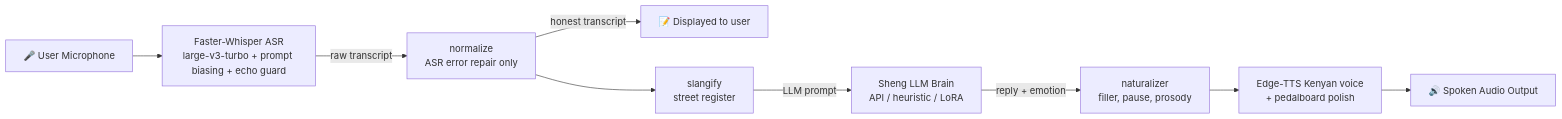
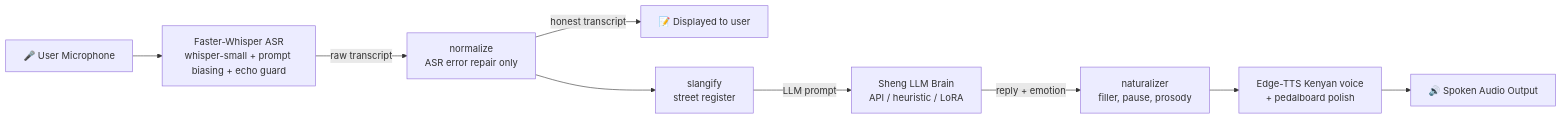
One commit to NjugunaWilfred-01/Sheng-TTS-model changed the diagram in README.md. Above: the diagram before and after it, drawn with Mermaid. The commit also changed other lines of this file and 2 other files, not shown here.

First line of the commit message:
fix: revert ASR default to whisper-small — large-v3-turbo measured worse on CPU

````diff
--- a/README.md
+++ b/README.md
@@ -9,11 +9,11 @@
 ```mermaid
 flowchart LR
-    A[🎤 User Microphone] --> B[Faster-Whisper ASR<br/>large-v3-turbo + prompt biasing + echo guard]
+    A[🎤 User Microphone] --> B[Faster-Whisper ASR<br/>whisper-small + prompt biasing + echo guard]
     B -->|raw transcript| C[normalize<br/>ASR error repair only]
     C -->|honest transcript| G[📝 Displayed to user]
     C --> D[slangify<br/>street register]
     D -->|LLM prompt| E[Sheng LLM Brain<br/>API / heuristic / LoRA]
     E -->|reply + emotion| F[naturalizer<br/>filler, pause, prosody]
     F --> H[Edge-TTS Kenyan voice<br/>+ pedalboard polish]
     H --> I[🔊 Spoken Audio Output]
 ```
````
